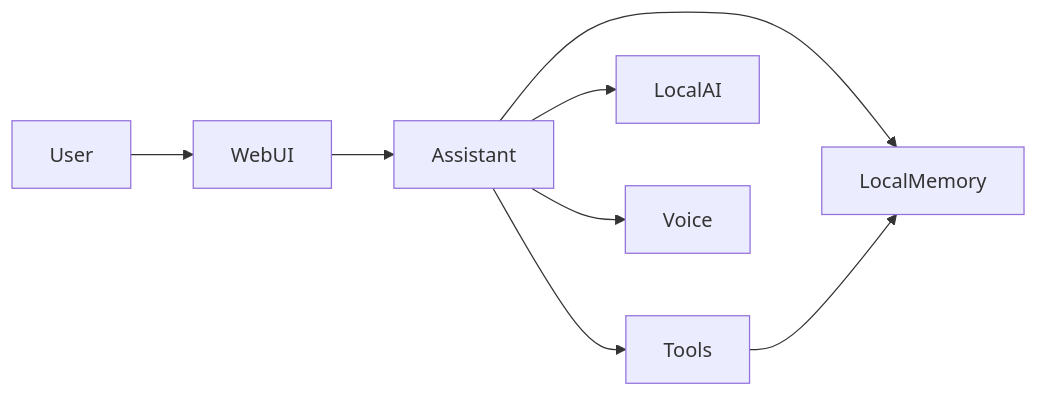
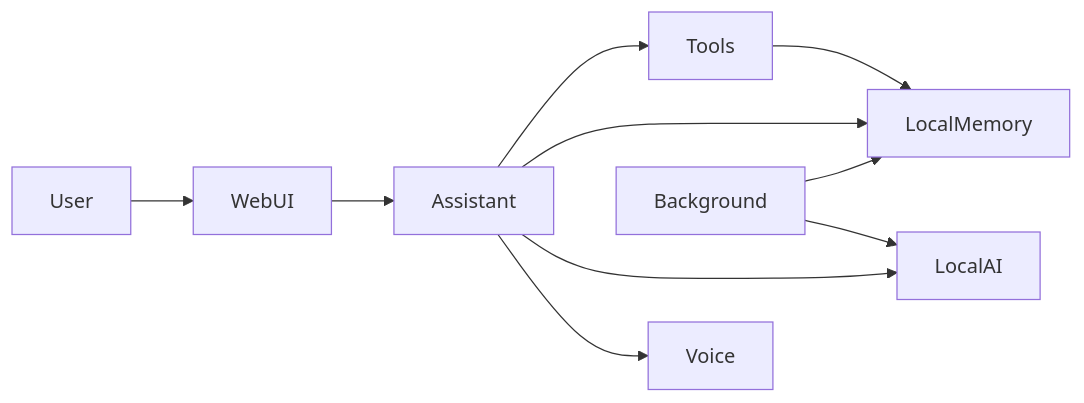
One commit to JoniMustaniemi/nano-core changed the diagram in docs/README.md. Above: the diagram before and after it, drawn with Mermaid. The commit also changed other lines of this file and 46 other files, not shown here.

````diff
--- a/docs/README.md
+++ b/docs/README.md
@@ -87,10 +110,12 @@
 ```mermaid
 flowchart LR
     User --> WebUI
     WebUI --> Assistant
     Assistant --> Tools
     Assistant --> LocalMemory
     Tools --> LocalMemory
     Assistant --> LocalAI
     Assistant --> Voice
+    Background --> LocalMemory
+    Background --> LocalAI
 ```
````
